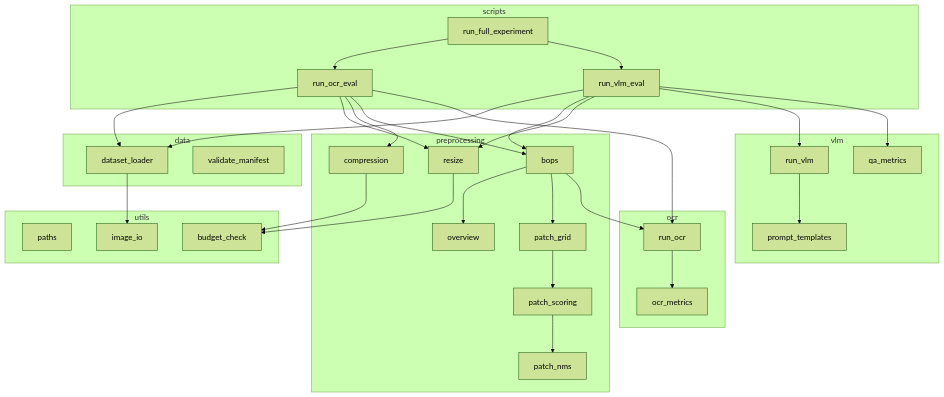
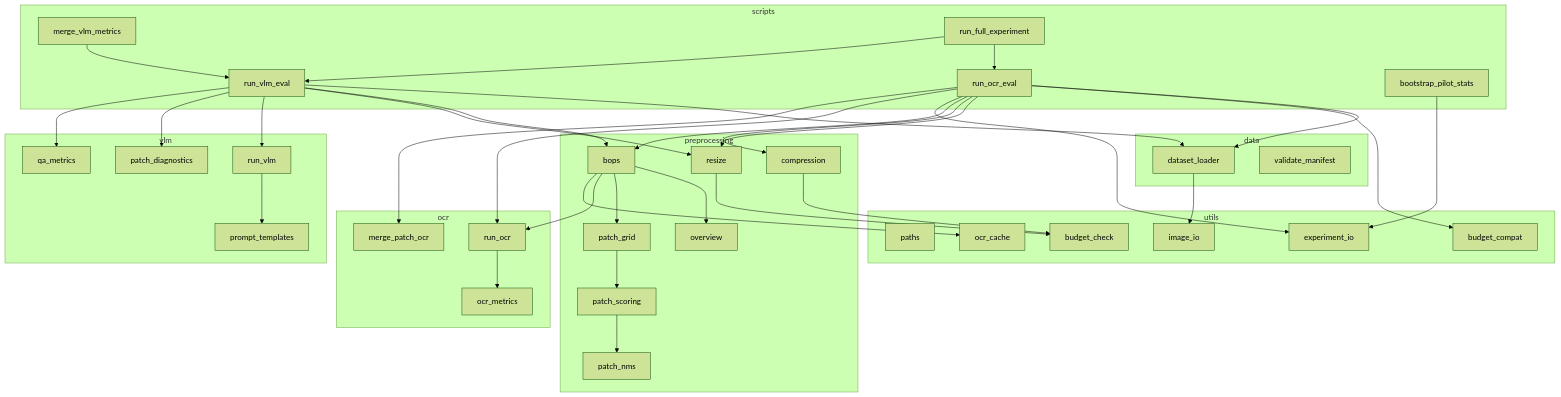
Before and after one commit to Rayaan-Raza/Token_efficient_OCR: the diagram in LOGIC.md, drawn with Mermaid (forest theme). The commit also changed other lines of this file and 11 other files, not shown here.

First line of the commit message:
feat: update LOGIC.md and README for pilot results, enhance budget handling, and refine advisor deck

````diff
--- a/LOGIC.md
+++ b/LOGIC.md
@@ -375,57 +430,71 @@
 ```mermaid
 flowchart TB
     subgraph scripts
         ROE[run_ocr_eval]
         RVE[run_vlm_eval]
+        MVM[merge_vlm_metrics]
+        BSP[bootstrap_pilot_stats]
         RFE[run_full_experiment]
     end
 
     subgraph data
         DL[dataset_loader]
         VM[validate_manifest]
     end
 
     subgraph preprocessing
         RS[resize]
         CP[compression]
         OV[overview]
         PG[patch_grid]
         PS[patch_scoring]
         NMS[patch_nms]
         BOPS[bops]
     end
 
     subgraph ocr
         OCR[run_ocr]
+        MPO[merge_patch_ocr]
         OM[ocr_metrics]
     end
 
     subgraph vlm
         VLM[run_vlm]
+        PD[patch_diagnostics]
         QM[qa_metrics]
         PT[prompt_templates]
     end
 
     subgraph utils
         PATHS[paths]
         BC[budget_check]
+        BCOMP[budget_compat]
+        EIO[experiment_io]
+        CACHE[ocr_cache]
         IO[image_io]
     end
 
     ROE --> DL --> IO
+    ROE --> BCOMP
     ROE --> RS --> BC
     ROE --> CP --> BC
     ROE --> BOPS --> OV
+    ROE --> EIO
     BOPS --> PG --> PS --> NMS
     BOPS --> OCR
+    BOPS --> CACHE
     ROE --> OCR --> OM
+    ROE --> MPO
 
     RVE --> DL
     RVE --> BOPS
     RVE --> RS
     RVE --> VLM --> PT
+    RVE --> PD
     RVE --> QM
+    MVM --> RVE
 
+    BSP --> EIO
     RFE --> ROE
     RFE --> RVE
 ```
````
